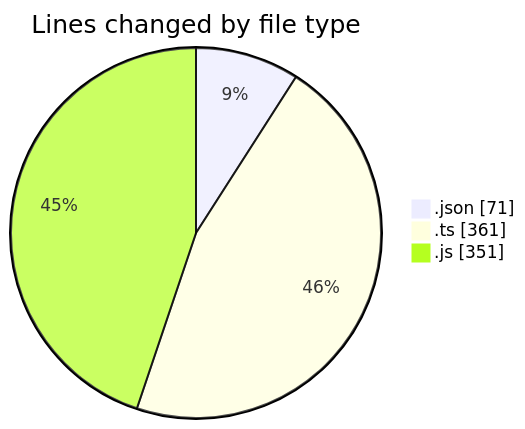
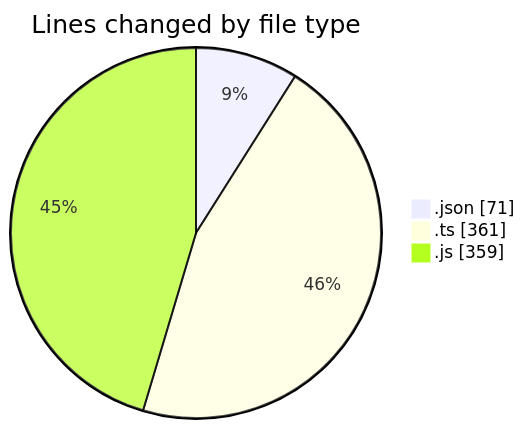
Before and after one commit to momahboobian/code-tracking: the first of 2 diagrams in 2025-02-06/cda/README.md, drawn with Mermaid. The commit also changed other lines of this file and 1 other file, not shown here.

````diff
--- a/2025-02-06/cda/README.md
+++ b/2025-02-06/cda/README.md
@@ -27,7 +27,7 @@
 ```mermaid
 pie showData
 title Lines changed by file type
 ".json" : 71
 ".ts" : 361
-".js" : 351
+".js" : 359
 ```
````
